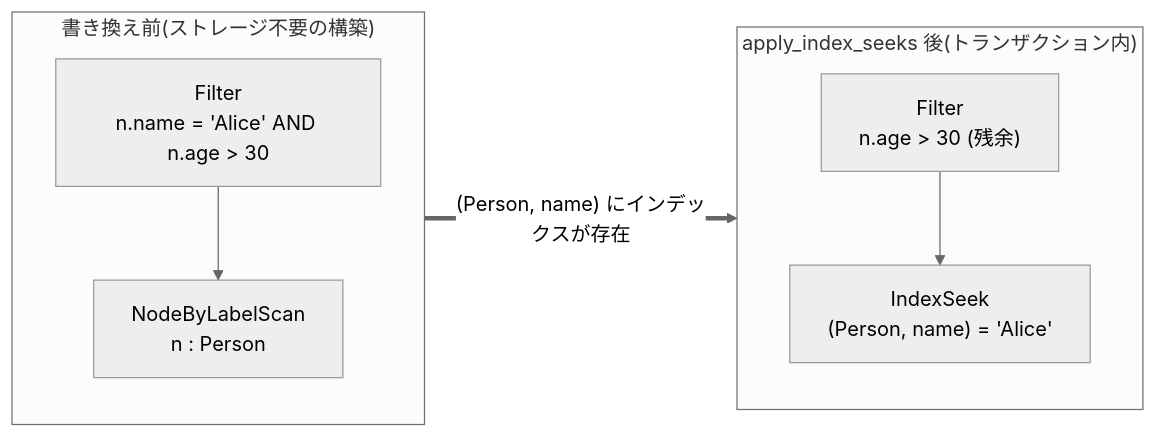
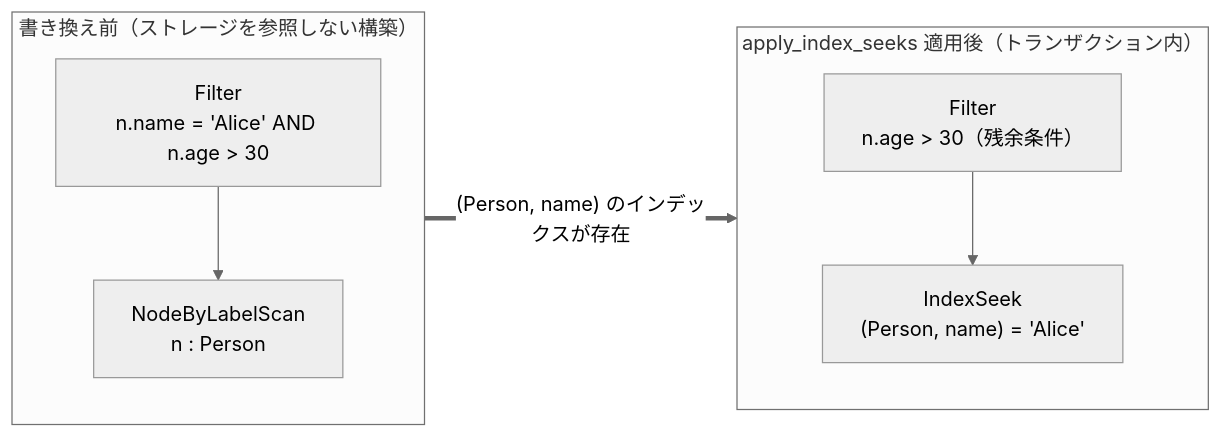
The diagram in book/src/internals/ja/ir-and-planner.md (knoguchi/marsdb), drawn with Mermaid (neutral theme) before and after one commit. The commit also changed other lines of this file and 7 other files, not shown here.

````diff
--- a/book/src/internals/ja/ir-and-planner.md
+++ b/book/src/internals/ja/ir-and-planner.md
@@ -95,14 +89,14 @@
 ```mermaid
 flowchart LR
-    subgraph before["書き換え前(ストレージ不要の構築)"]
+    subgraph before["書き換え前（ストレージを参照しない構築）"]
         F1["Filter\nn.name = 'Alice' AND n.age > 30"]
         S1["NodeByLabelScan\nn : Person"]
         F1 --> S1
     end
-    subgraph after["apply_index_seeks 後(トランザクション内)"]
-        F2["Filter\nn.age > 30 (残余)"]
+    subgraph after["apply_index_seeks 適用後（トランザクション内）"]
+        F2["Filter\nn.age > 30（残余条件）"]
         S2["IndexSeek\n(Person, name) = 'Alice'"]
         F2 --> S2
     end
-    before ==>|"(Person, name) にインデックスが存在"| after
+    before ==>|"(Person, name) のインデックスが存在"| after
 ```
````
